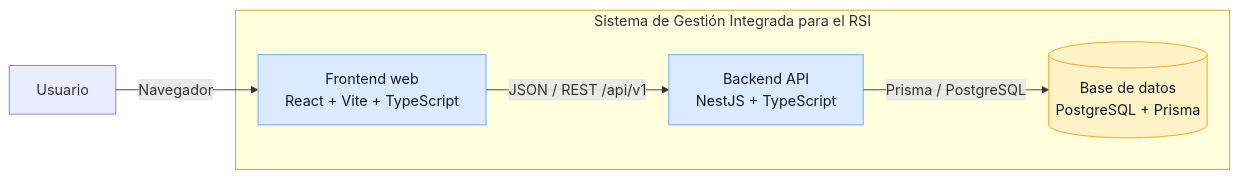
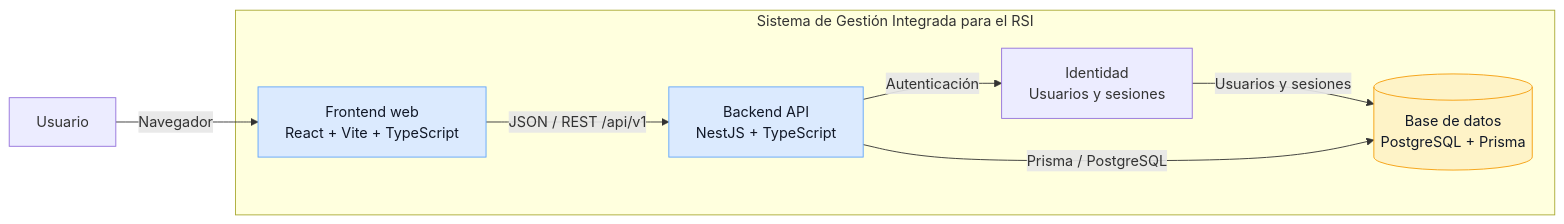
Before and after one commit to DieAndres/sistema-rsi: the second of 3 diagrams in docs/00-arquitectura.md, drawn with Mermaid. The commit also changed other lines of this file and 2 other files, not shown here.

````diff
--- a/docs/00-arquitectura.md
+++ b/docs/00-arquitectura.md
@@ -47,20 +51,23 @@
 ```mermaid
 flowchart LR
     Usuario[Usuario]
 
     subgraph Sistema[ Sistema de Gestión Integrada para el RSI ]
         Frontend[Frontend web<br/>React + Vite + TypeScript]
         Backend[Backend API<br/>NestJS + TypeScript]
+        Identidad[Identidad<br/>Usuarios y sesiones]
         BD[(Base de datos<br/>PostgreSQL + Prisma)]
     end
 
     Usuario -->|Navegador| Frontend
     Frontend -->|JSON / REST /api/v1| Backend
+    Backend -->|Autenticación| Identidad
+    Identidad -->|Usuarios y sesiones| BD
     Backend -->|Prisma / PostgreSQL| BD
 
     classDef app fill:#dbeafe,color:#111827,stroke:#60a5fa
     classDef data fill:#fef3c7,color:#111827,stroke:#f59e0b
     class Frontend app
     class Backend app
     class BD data
 ```
````
